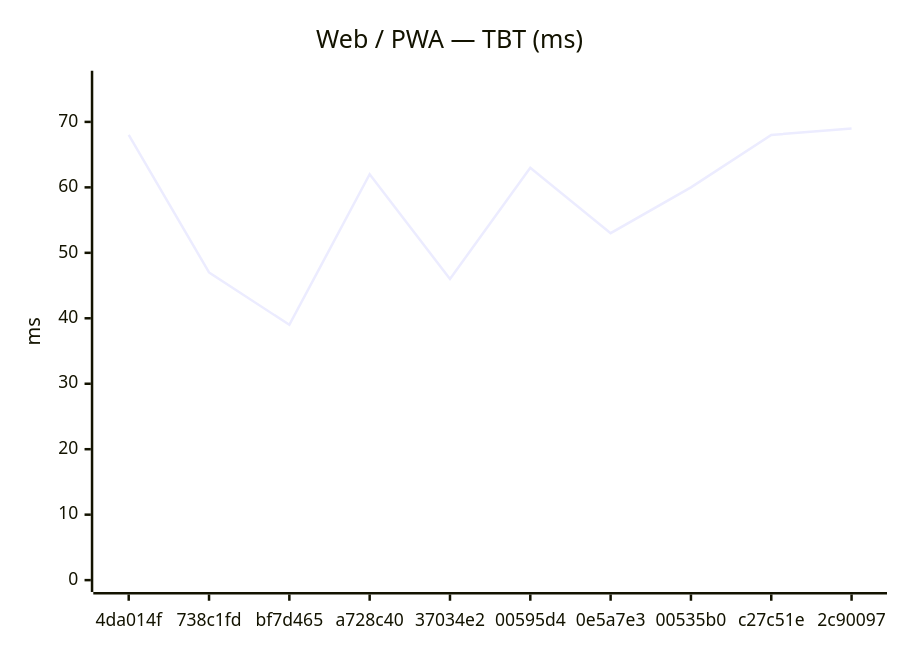
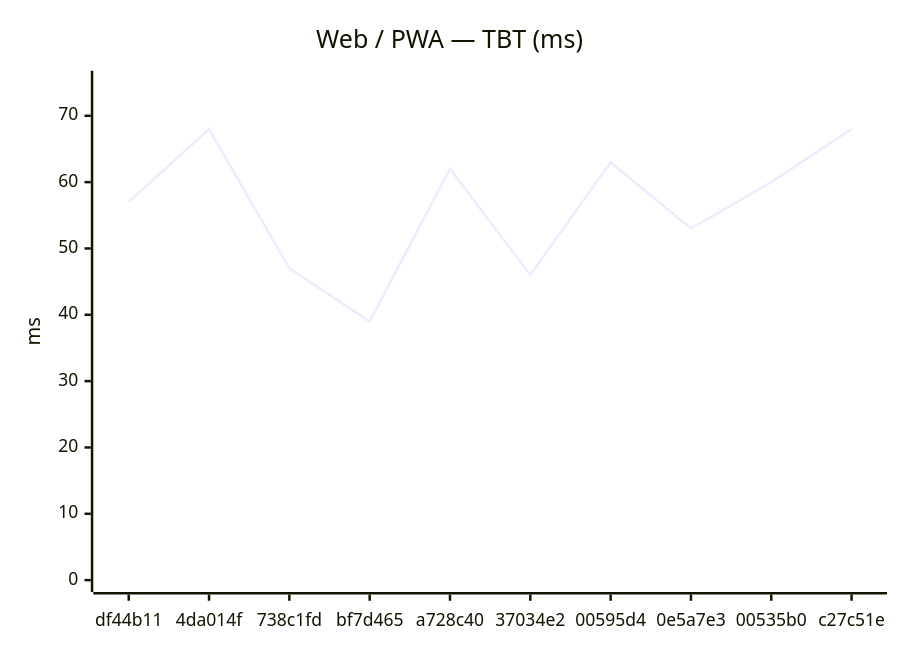
Before and after one commit to Metaheurist/Rianell: the second of 24 diagrams in benchmarks/compare.md, drawn with Mermaid. The commit also changed other lines of this file and 12 other files, not shown here.

````diff
--- a/benchmarks/compare.md
+++ b/benchmarks/compare.md
@@ -31,7 +31,7 @@
 ```mermaid
 xychart-beta
     title "Web / PWA — TBT (ms)"
-    x-axis ["4da014f", "738c1fd", "bf7d465", "a728c40", "37034e2", "00595d4", "0e5a7e3", "00535b0", "c27c51e", "2c90097"]
-    y-axis "ms" 0 --> 76
-    line [68, 47, 39, 62, 46, 63, 53, 60, 68, 69]
+    x-axis ["df44b11", "4da014f", "738c1fd", "bf7d465", "a728c40", "37034e2", "00595d4", "0e5a7e3", "00535b0", "c27c51e"]
+    y-axis "ms" 0 --> 75
+    line [57, 68, 47, 39, 62, 46, 63, 53, 60, 68]
 ```
````
